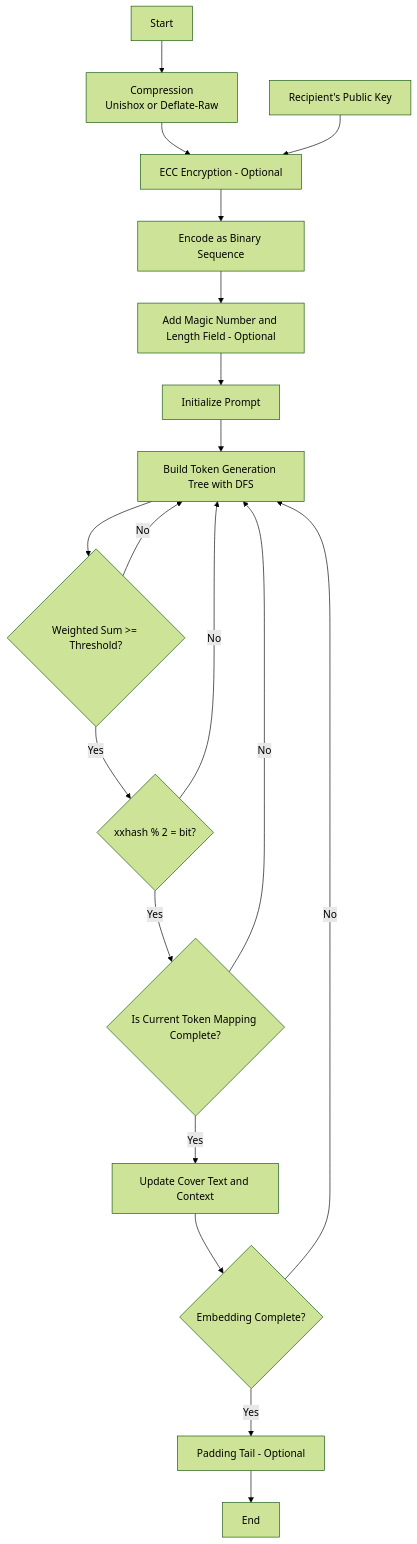
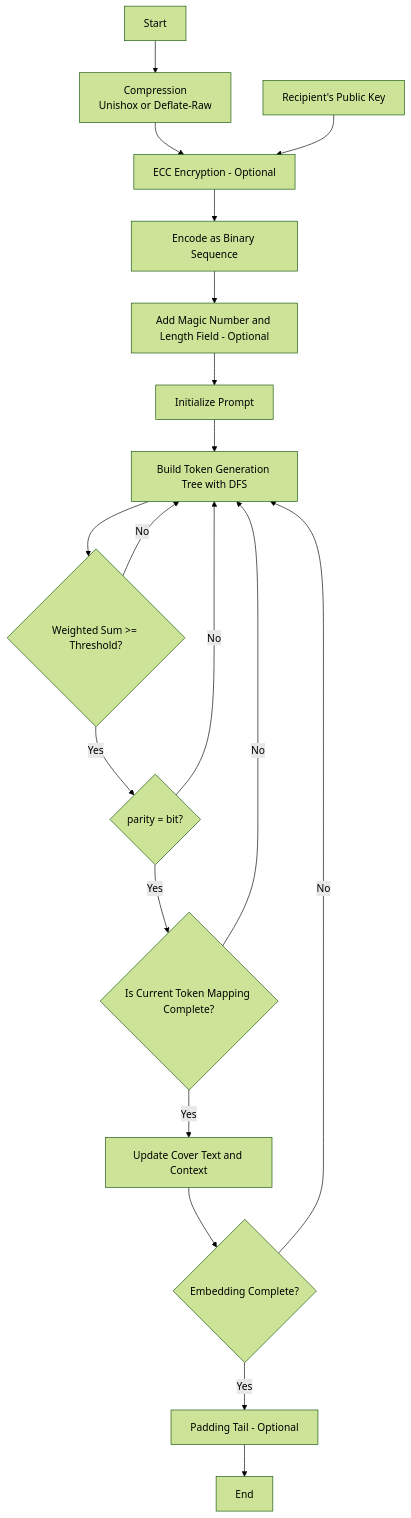
One commit to Rin313/StegLLM changed the diagram in README_en.md. Above: the diagram before and after it, drawn with Mermaid (forest theme). The commit also changed other lines of this file and 3 other files, not shown here.

````diff
--- a/README_en.md
+++ b/README_en.md
@@ -64,21 +57,21 @@
 ```mermaid
 flowchart TD
     A[Start] --> compress[Compression<br>Unishox or Deflate-Raw]
     compress --> encrypt[ECC Encryption - Optional]
     public[Recipient's Public Key] --> encrypt
     encrypt --> base[Encode as Binary Sequence]
     base --> magicNum[Add Magic Number and Length Field - Optional]
     magicNum --> prompt[Initialize Prompt]
     prompt --> dfs[Build Token Generation Tree with DFS]
     dfs --> weightsNum{Weighted Sum >= Threshold?}
-    weightsNum --> |Yes| mapping{xxhash % 2 = bit?}
+    weightsNum --> |Yes| mapping{parity = bit?}
     weightsNum --> |No| dfs
     mapping --> |Yes| mappingDone{Is Current Token Mapping Complete?}
     mapping --> |No| dfs
     mappingDone --> |Yes| coverText[Update Cover Text and Context]
     mappingDone --> |No| dfs
     coverText --> done{Embedding Complete?}
     done --> |Yes| tail[Padding Tail - Optional]
     done --> |No| dfs
     tail --> endd[End]
 ```
````
